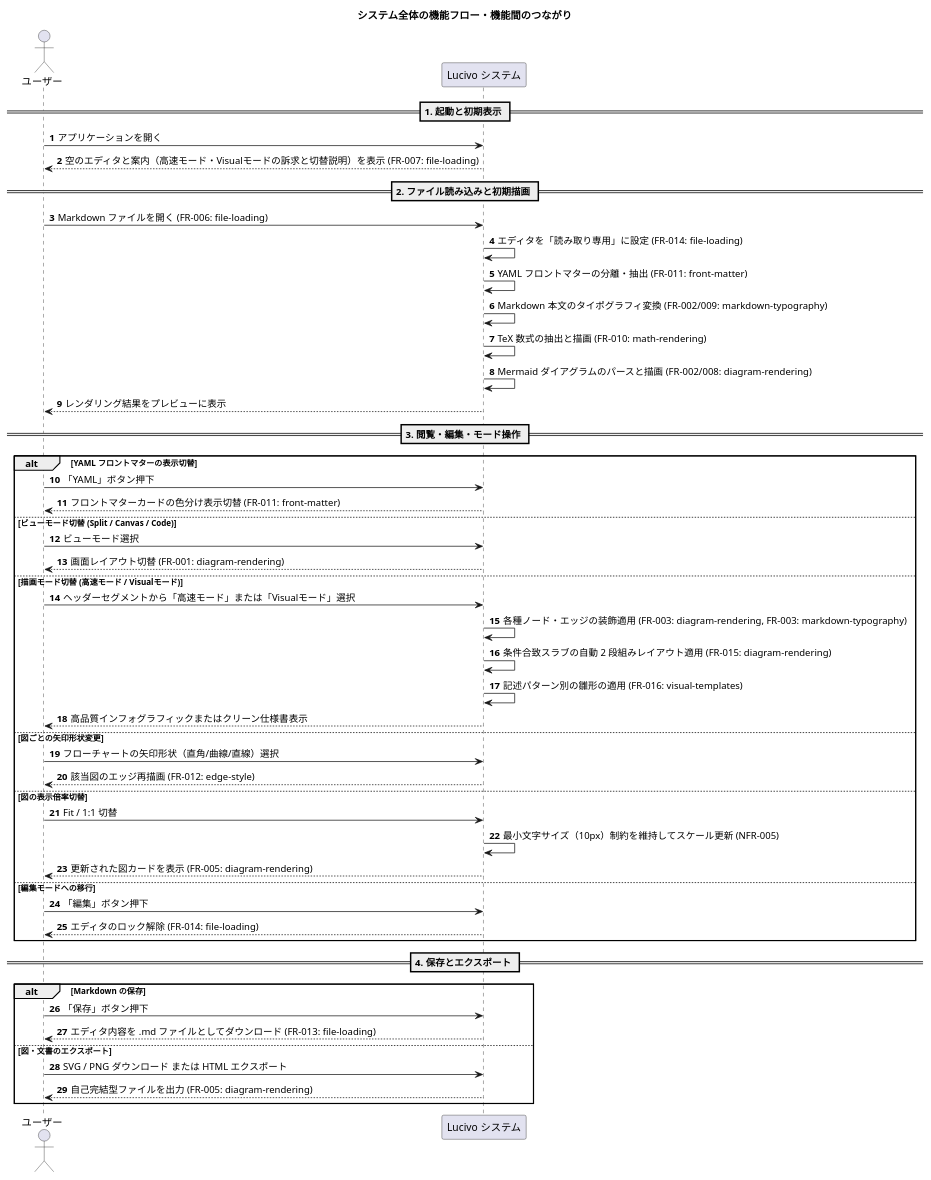
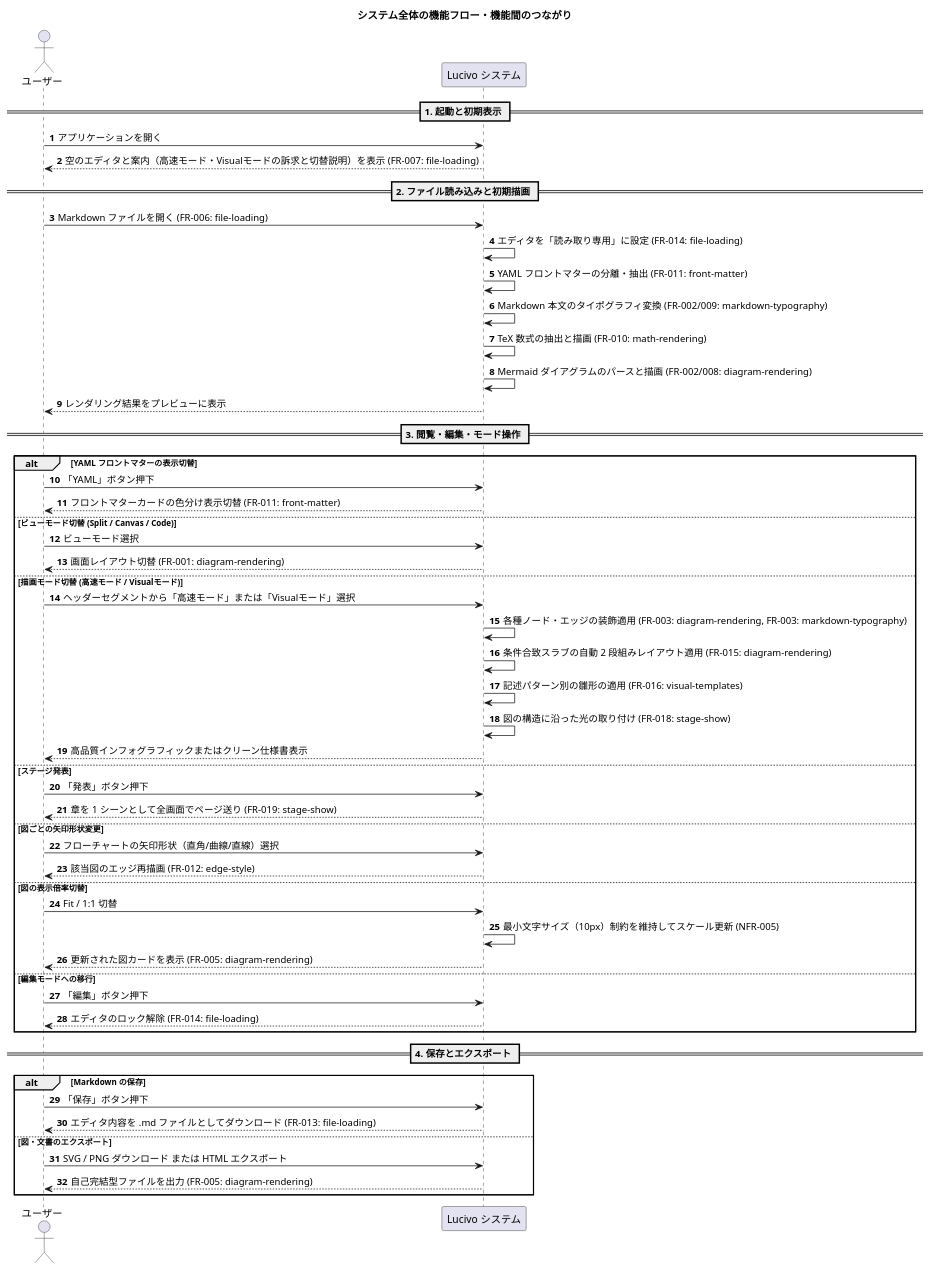
Before and after one commit to prankster-freedom/Lucivo: the second of 2 diagrams in doc/1.SRS.md, drawn with PlantUML. The commit also changed other lines of this file and 30 other files, not shown here.

````diff
--- a/doc/1.SRS.md
+++ b/doc/1.SRS.md
@@ -120,55 +120,59 @@
 ```plantuml
 @startuml
 title システム全体の機能フロー・機能間のつながり
 autonumber
 actor "ユーザー" as User
 participant "Lucivo システム" as App
 
 == 1. 起動と初期表示 ==
 User -> App: アプリケーションを開く
 App --> User: 空のエディタと案内（高速モード・Visualモードの訴求と切替説明）を表示 (FR-007: file-loading)
 
 == 2. ファイル読み込みと初期描画 ==
 User -> App: Markdown ファイルを開く (FR-006: file-loading)
 App -> App: エディタを「読み取り専用」に設定 (FR-014: file-loading)
 App -> App: YAML フロントマターの分離・抽出 (FR-011: front-matter)
 App -> App: Markdown 本文のタイポグラフィ変換 (FR-002/009: markdown-typography)
 App -> App: TeX 数式の抽出と描画 (FR-010: math-rendering)
 App -> App: Mermaid ダイアグラムのパースと描画 (FR-002/008: diagram-rendering)
 App --> User: レンダリング結果をプレビューに表示
 
 == 3. 閲覧・編集・モード操作 ==
 alt YAML フロントマターの表示切替
   User -> App: 「YAML」ボタン押下
   App --> User: フロントマターカードの色分け表示切替 (FR-011: front-matter)
 else ビューモード切替 (Split / Canvas / Code)
   User -> App: ビューモード選択
   App --> User: 画面レイアウト切替 (FR-001: diagram-rendering)
 else 描画モード切替 (高速モード / Visualモード)
   User -> App: ヘッダーセグメントから「高速モード」または「Visualモード」選択
   App -> App: 各種ノード・エッジの装飾適用 (FR-003: diagram-rendering, FR-003: markdown-typography)
   App -> App: 条件合致スラブの自動 2 段組みレイアウト適用 (FR-015: diagram-rendering)
   App -> App: 記述パターン別の雛形の適用 (FR-016: visual-templates)
+  App -> App: 図の構造に沿った光の取り付け (FR-018: stage-show)
   App --> User: 高品質インフォグラフィックまたはクリーン仕様書表示
+else ステージ発表
+  User -> App: 「発表」ボタン押下
+  App --> User: 章を 1 シーンとして全画面でページ送り (FR-019: stage-show)
 else 図ごとの矢印形状変更
   User -> App: フローチャートの矢印形状（直角/曲線/直線）選択
   App --> User: 該当図のエッジ再描画 (FR-012: edge-style)
 else 図の表示倍率切替
   User -> App: Fit / 1:1 切替
   App -> App: 最小文字サイズ（10px）制約を維持してスケール更新 (NFR-005)
   App --> User: 更新された図カードを表示 (FR-005: diagram-rendering)
 else 編集モードへの移行
   User -> App: 「編集」ボタン押下
   App --> User: エディタのロック解除 (FR-014: file-loading)
 end
 
 == 4. 保存とエクスポート ==
 alt Markdown の保存
   User -> App: 「保存」ボタン押下
   App --> User: エディタ内容を .md ファイルとしてダウンロード (FR-013: file-loading)
 else 図・文書のエクスポート
   User -> App: SVG / PNG ダウンロード または HTML エクスポート
   App --> User: 自己完結型ファイルを出力 (FR-005: diagram-rendering)
 end
 @enduml
 ```
````
